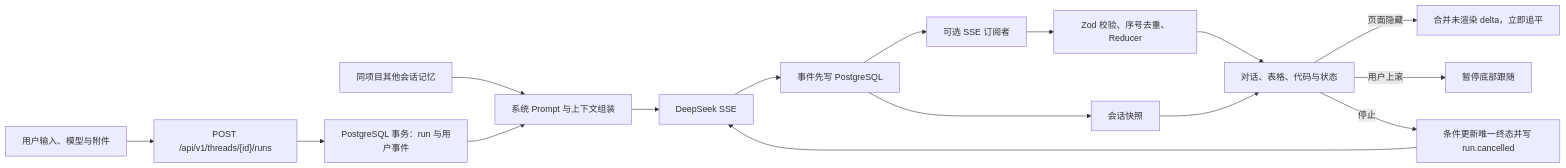
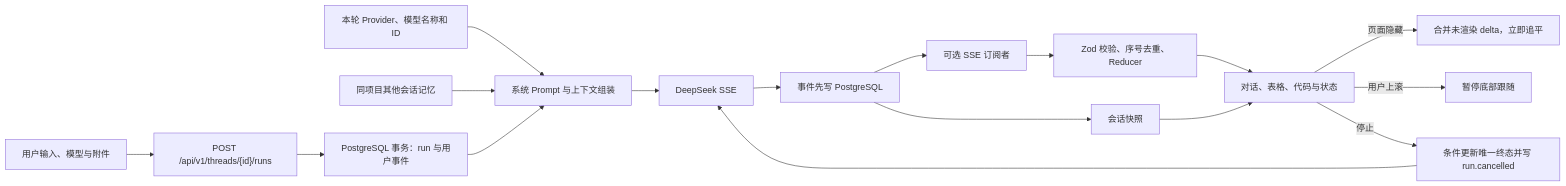
The diagram in README.md (LuzernRR/agent-workbench), drawn with Mermaid before and after one commit. The commit also changed other lines of this file and 14 other files, not shown here.

````diff
--- a/README.md
+++ b/README.md
@@ -24,18 +24,19 @@
 ```mermaid
 flowchart LR
     U["用户输入、模型与附件"] --> API["POST /api/v1/threads/{id}/runs"]
     API --> TX["PostgreSQL 事务：run 与用户事件"]
-    PM["同项目其他会话记忆"] --> PR["系统 Prompt 与上下文组装"]
+    ID["本轮 Provider、模型名称和 ID"] --> PR["系统 Prompt 与上下文组装"]
+    PM["同项目其他会话记忆"] --> PR
     TX --> PR
     PR --> DS["DeepSeek SSE"]
     DS --> PE["事件先写 PostgreSQL"]
     PE --> PS["可选 SSE 订阅者"]
     PS --> Z["Zod 校验、序号去重、Reducer"]
     Z --> UI["对话、表格、代码与状态"]
     PE --> SNAP["会话快照"]
     SNAP --> UI
     UI -->|"页面隐藏"| FAST["合并未渲染 delta，立即追平"]
     UI -->|"用户上滚"| HOLD["暂停底部跟随"]
     UI -->|"停止"| STOP["条件更新唯一终态并写 run.cancelled"]
     STOP --> DS
 ```
````
